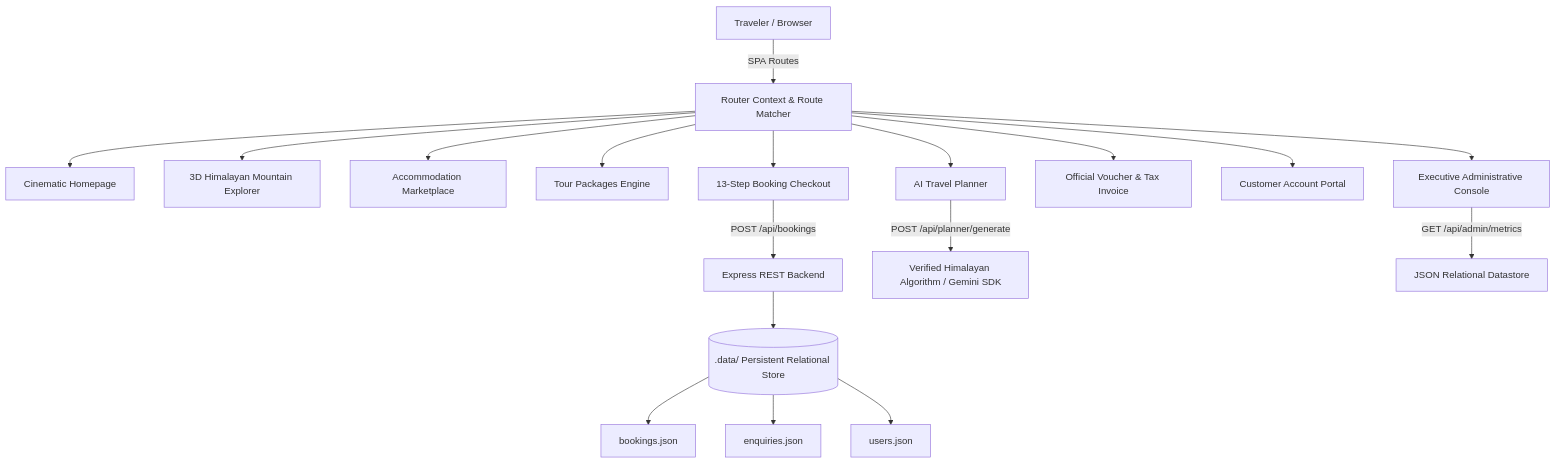
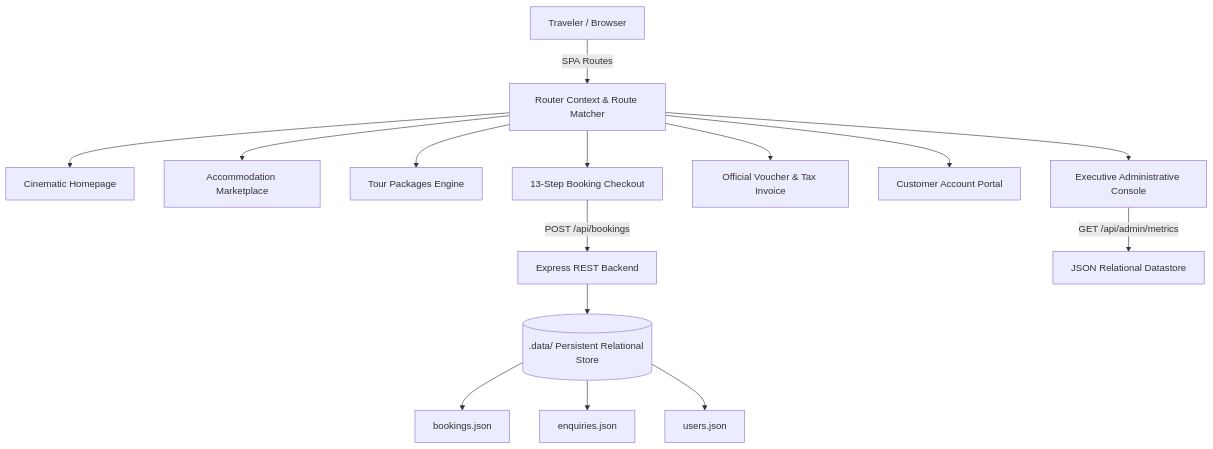
Before and after one commit to Souryodipto/Sikkim-Tour-Co: the diagram in README.md, drawn with Mermaid. The commit also changed other lines of this file and 17 other files, not shown here.

Commit message:
feat: delete Real Sikkim Satellite & Mountain Map and remove AI planner completely

````diff
--- a/README.md
+++ b/README.md
@@ -30,22 +30,19 @@
 ```mermaid
 graph TD
   User[Traveler / Browser] -->|SPA Routes| RouterContext[Router Context & Route Matcher]
   RouterContext --> Home[Cinematic Homepage]
-  RouterContext --> Explorer3D[3D Himalayan Mountain Explorer]
   RouterContext --> Stays[Accommodation Marketplace]
   RouterContext --> Packages[Tour Packages Engine]
-  RouterContext --> AIPlanner[AI Travel Planner]
   RouterContext --> Checkout[13-Step Booking Checkout]
   RouterContext --> Voucher[Official Voucher & Tax Invoice]
   RouterContext --> Account[Customer Account Portal]
   RouterContext --> Admin[Executive Administrative Console]
 
   Checkout -->|POST /api/bookings| ExpressAPI[Express REST Backend]
-  AIPlanner -->|POST /api/planner/generate| PlannerEngine[Verified Himalayan Algorithm / Gemini SDK]
   Admin -->|GET /api/admin/metrics| MetricsStore[JSON Relational Datastore]
 
   ExpressAPI --> Datastore[(.data/ Persistent Relational Store)]
   Datastore --> Bookings[bookings.json]
   Datastore --> Enquiries[enquiries.json]
   Datastore --> Users[users.json]
 ```
````
